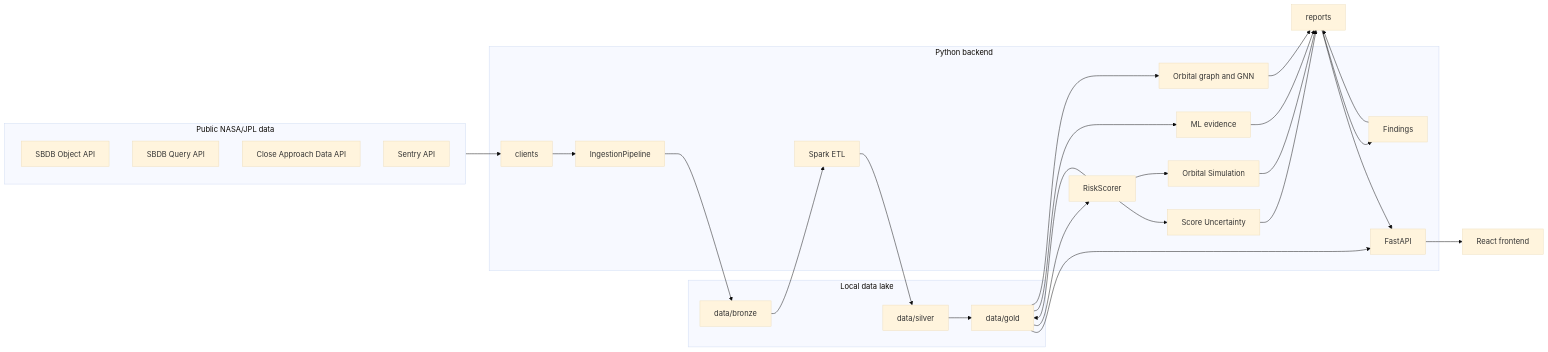
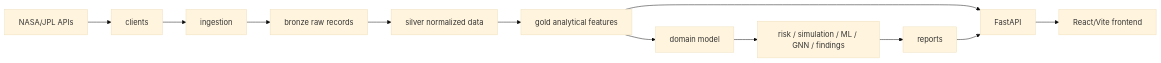
Before and after one commit to LiamSalazar/NEO-Angele-Risk-Lab: the diagram in README.md, drawn with Mermaid (base theme). The commit also changed other lines of this file and 30 other files, not shown here.

````diff
--- a/README.md
+++ b/README.md
@@ -50,38 +107,14 @@
 ```mermaid
 flowchart LR
-    subgraph Sources["Public NASA/JPL data"]
-        SBDBObject["SBDB Object API"]
-        SBDBQuery["SBDB Query API"]
-        CAD["Close Approach Data API"]
-        Sentry["Sentry API"]
-    end
-    subgraph Backend["Python backend"]
-        Clients["clients"]
-        Ingestion["IngestionPipeline"]
-        ETL["Spark ETL"]
-        Risk["RiskScorer"]
-        ScoreMC["Score Uncertainty"]
-        OrbitalMC["Orbital Simulation"]
-        ML["ML evidence"]
-        GNN["Orbital graph and GNN"]
-        Findings["Findings"]
-        API["FastAPI"]
-    end
-    subgraph Lake["Local data lake"]
-        Bronze["data/bronze"]
-        Silver["data/silver"]
-        Gold["data/gold"]
-    end
-    Reports["reports"]
-    Frontend["React frontend"]
-    Sources --> Clients --> Ingestion --> Bronze --> ETL --> Silver --> Gold
-    Gold --> Risk --> Gold
-    Risk --> ScoreMC --> Reports
-    Risk --> OrbitalMC --> Reports
-    Gold --> ML --> Reports
-    Gold --> GNN --> Reports
-    Reports --> Findings --> Reports
-    Gold --> API
+    APIs["NASA/JPL APIs"] --> Clients["clients"]
+    Clients --> Ingestion["ingestion"]
+    Ingestion --> Bronze["bronze raw records"]
+    Bronze --> Silver["silver normalized data"]
+    Silver --> Gold["gold analytical features"]
+    Gold --> Domain["domain model"]
+    Domain --> Services["risk / simulation / ML / GNN / findings"]
+    Services --> Reports["reports"]
+    Gold --> API["FastAPI"]
     Reports --> API
-    API --> Frontend
+    API --> Frontend["React/Vite frontend"]
 ```
````
